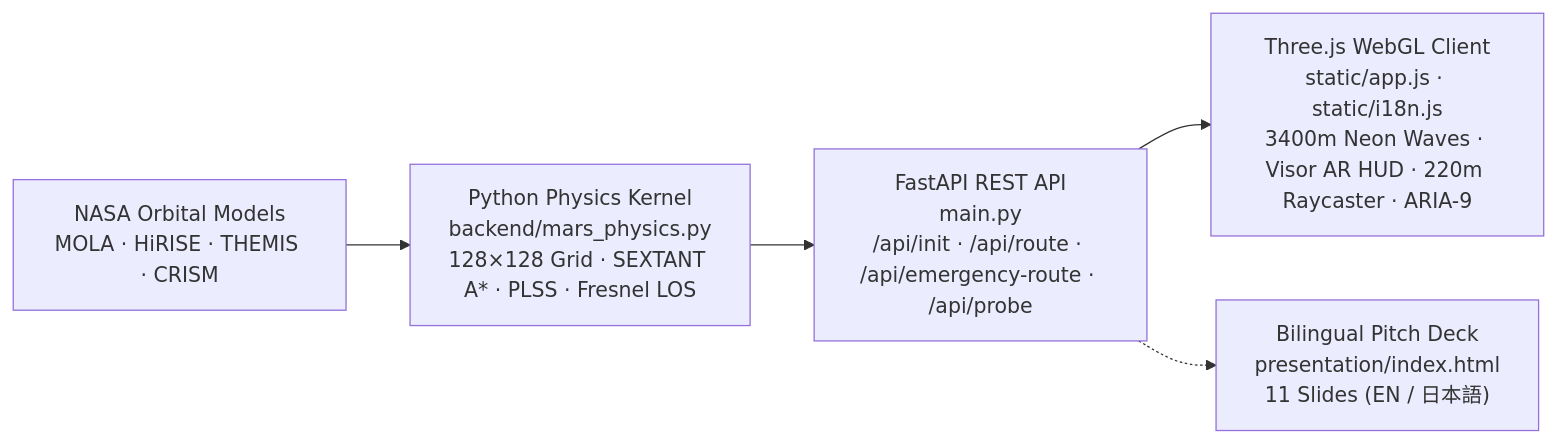
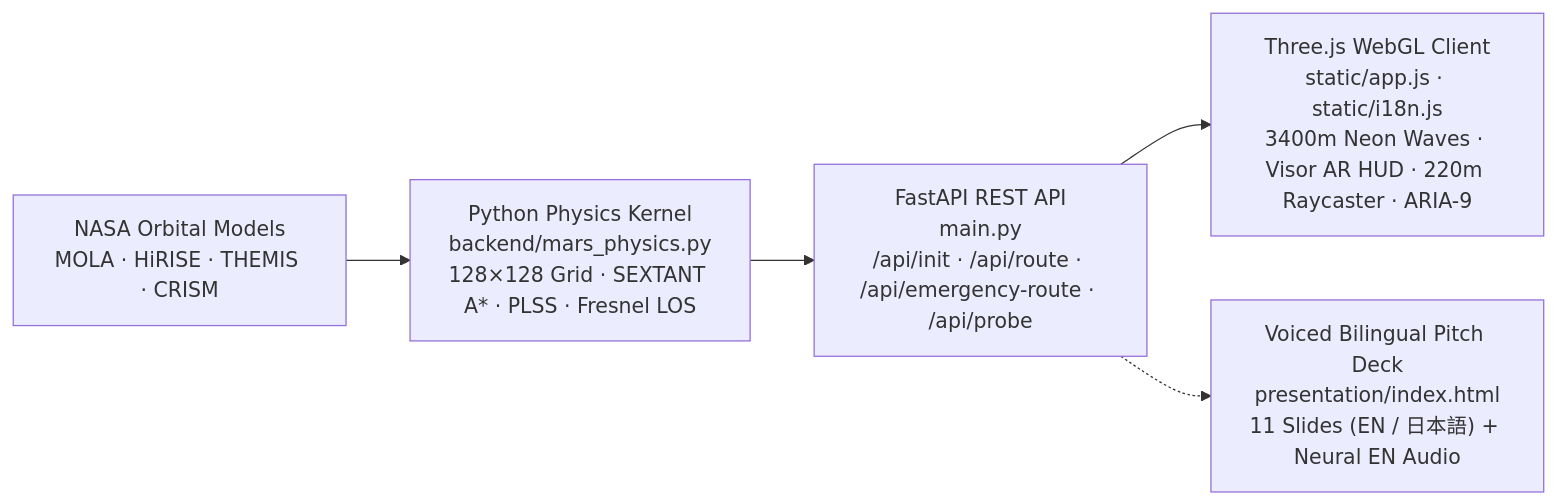
One commit to ARIIVIDERCHII/NASA-Space-Apps-Challenge-Tokyo2026 changed the diagram in README.md. Above: the diagram before and after it, drawn with Mermaid. The commit also changed other lines of this file and 20 other files, not shown here.

````diff
--- a/README.md
+++ b/README.md
@@ -96,7 +143,7 @@
 ```mermaid
 flowchart LR
     A["NASA Orbital Models<br/>MOLA · HiRISE · THEMIS · CRISM"] --> B["Python Physics Kernel<br/>backend/mars_physics.py<br/>128×128 Grid · SEXTANT A* · PLSS · Fresnel LOS"]
     B --> C["FastAPI REST API<br/>main.py<br/>/api/init · /api/route · /api/emergency-route · /api/probe"]
     C --> D["Three.js WebGL Client<br/>static/app.js · static/i18n.js<br/>3400m Neon Waves · Visor AR HUD · 220m Raycaster · ARIA-9"]
-    C -.-> E["Bilingual Pitch Deck<br/>presentation/index.html<br/>11 Slides (EN / 日本語)"]
+    C -.-> E["Voiced Bilingual Pitch Deck<br/>presentation/index.html<br/>11 Slides (EN / 日本語) + Neural EN Audio"]
 ```
````
